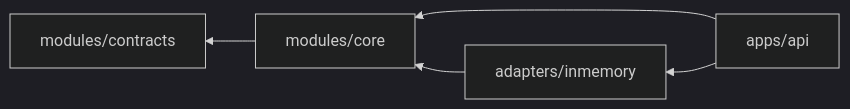
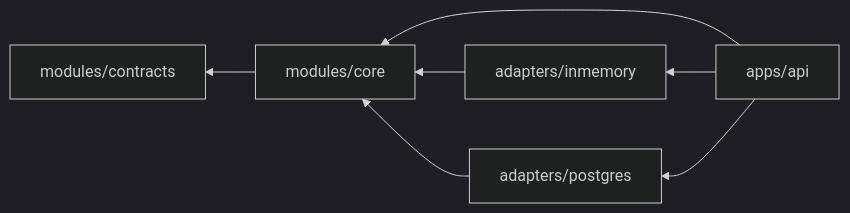
The diagram in docs/architecture/module-map.md (striveh/emergeos), drawn with Mermaid (dark theme) before and after one commit. The commit also changed other lines of this file and 37 other files, not shown here.

````diff
--- a/docs/architecture/module-map.md
+++ b/docs/architecture/module-map.md
@@ -23,12 +26,15 @@
 ```mermaid
 flowchart RL
   API["apps/api"]
-  AD["adapters/inmemory"]
+  MEM["adapters/inmemory"]
+  PG["adapters/postgres"]
   CORE["modules/core"]
   CT["modules/contracts"]
 
-  API --> AD
+  API --> MEM
+  API --> PG
   API --> CORE
-  AD --> CORE
+  MEM --> CORE
+  PG --> CORE
   CORE --> CT
 ```
````
